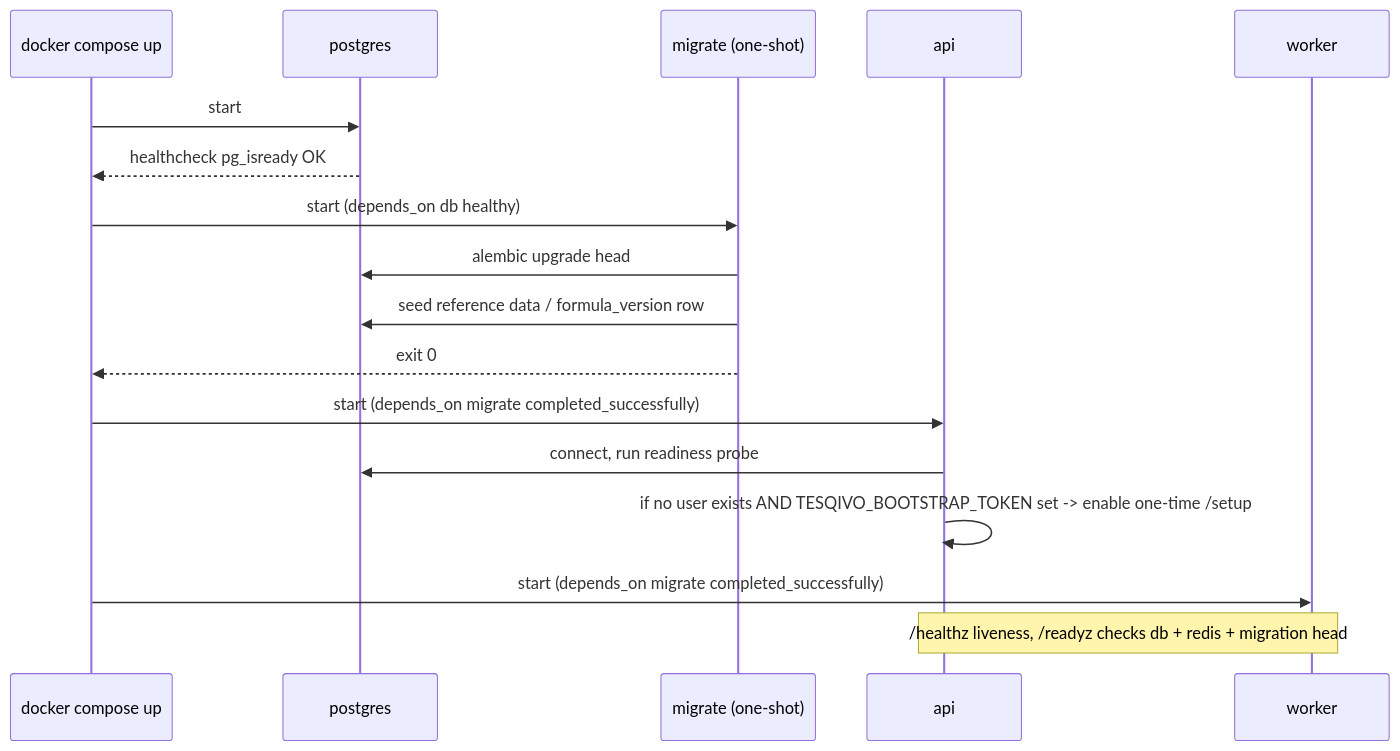
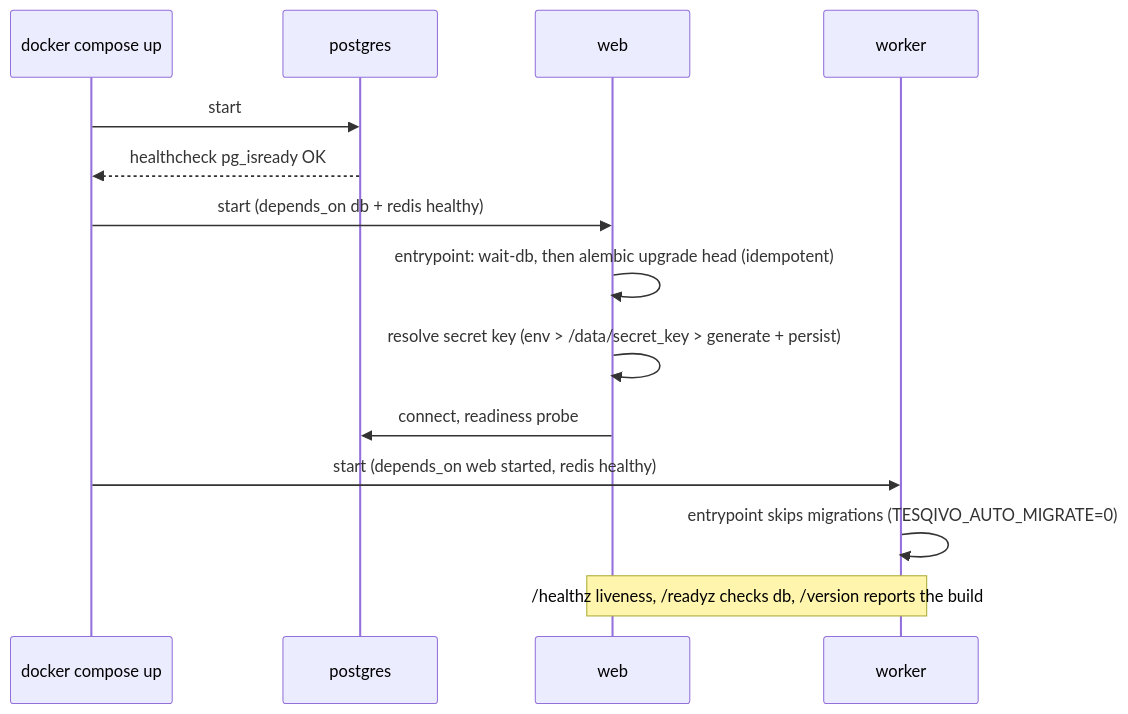
One commit to abhid001/TESQIVO changed the second of 2 diagrams in docs/architecture/09_deployment.md. Above: the diagram before and after it, drawn with Mermaid. The commit also changed other lines of this file and 31 other files, not shown here.

````diff
--- a/docs/architecture/09_deployment.md
+++ b/docs/architecture/09_deployment.md
@@ -37,19 +38,16 @@
 ```mermaid
 sequenceDiagram
     participant C as docker compose up
     participant DB as postgres
-    participant M as migrate (one-shot)
-    participant A as api
+    participant WEB as web
     participant W as worker
     C->>DB: start
     DB-->>C: healthcheck pg_isready OK
-    C->>M: start (depends_on db healthy)
-    M->>DB: alembic upgrade head
-    M->>DB: seed reference data / formula_version row
-    M-->>C: exit 0
-    C->>A: start (depends_on migrate completed_successfully)
-    A->>DB: connect, run readiness probe
-    A->>A: if no user exists AND TESQIVO_BOOTSTRAP_TOKEN set -> enable one-time /setup
-    C->>W: start (depends_on migrate completed_successfully)
-    Note over A,W: /healthz liveness, /readyz checks db + redis + migration head
+    C->>WEB: start (depends_on db + redis healthy)
+    WEB->>WEB: entrypoint: wait-db, then alembic upgrade head (idempotent)
+    WEB->>WEB: resolve secret key (env > /data/secret_key > generate + persist)
+    WEB->>DB: connect, readiness probe
+    C->>W: start (depends_on web started, redis healthy)
+    W->>W: entrypoint skips migrations (TESQIVO_AUTO_MIGRATE=0)
+    Note over WEB,W: /healthz liveness, /readyz checks db, /version reports the build
 ```
````
